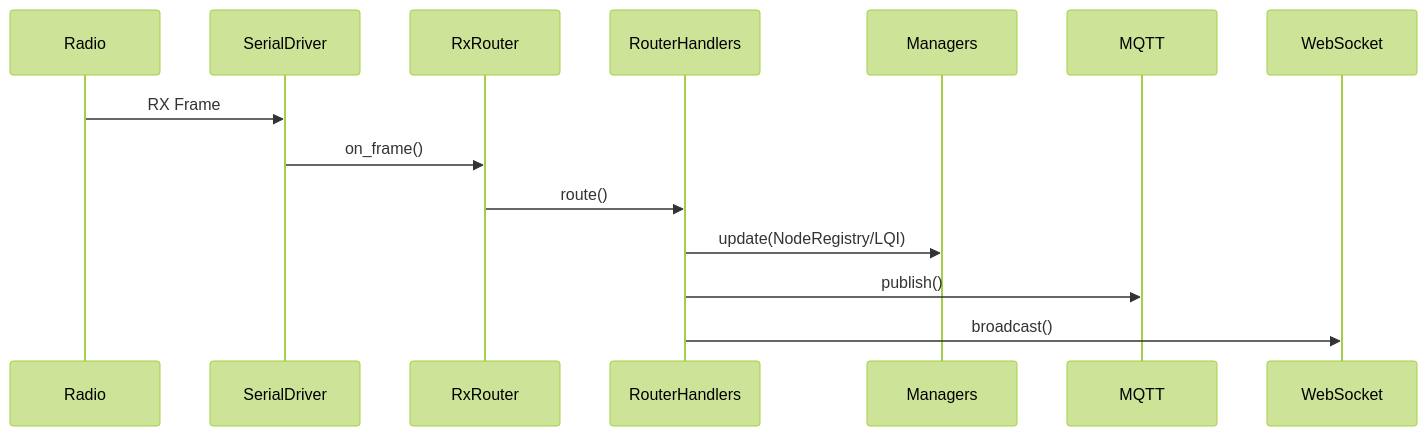
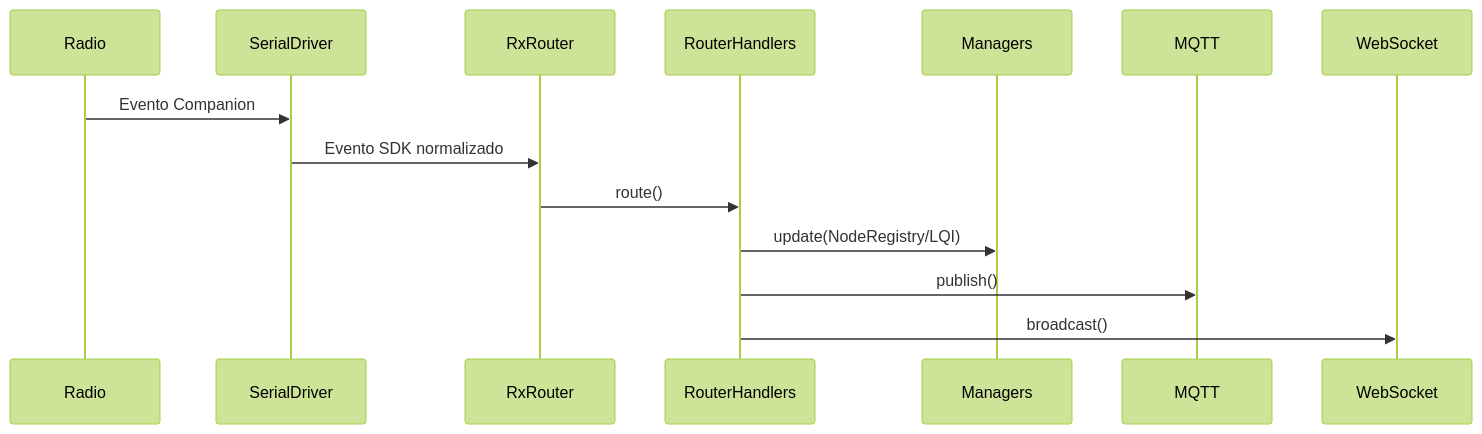
One commit to cyber89/meshcore-bridge-client changed the fifth of 7 diagrams in docs/ARCHITECTURE.md. Above: the diagram before and after it, drawn with Mermaid (forest theme). The commit also changed other lines of this file and 110 other files, not shown here.

````diff
--- a/docs/ARCHITECTURE.md
+++ b/docs/ARCHITECTURE.md
@@ -192,17 +269,17 @@
 ```mermaid
 sequenceDiagram
     participant Radio
     participant SerialDriver
     participant RxRouter
     participant RouterHandlers
     participant Managers
     participant MQTT
     participant WebSocket
 
-    Radio->>SerialDriver: RX Frame
-    SerialDriver->>RxRouter: on_frame()
+    Radio->>SerialDriver: Evento Companion
+    SerialDriver->>RxRouter: Evento SDK normalizado
     RxRouter->>RouterHandlers: route()
     RouterHandlers->>Managers: update(NodeRegistry/LQI)
     RouterHandlers->>MQTT: publish()
     RouterHandlers->>WebSocket: broadcast()
 ```
````
